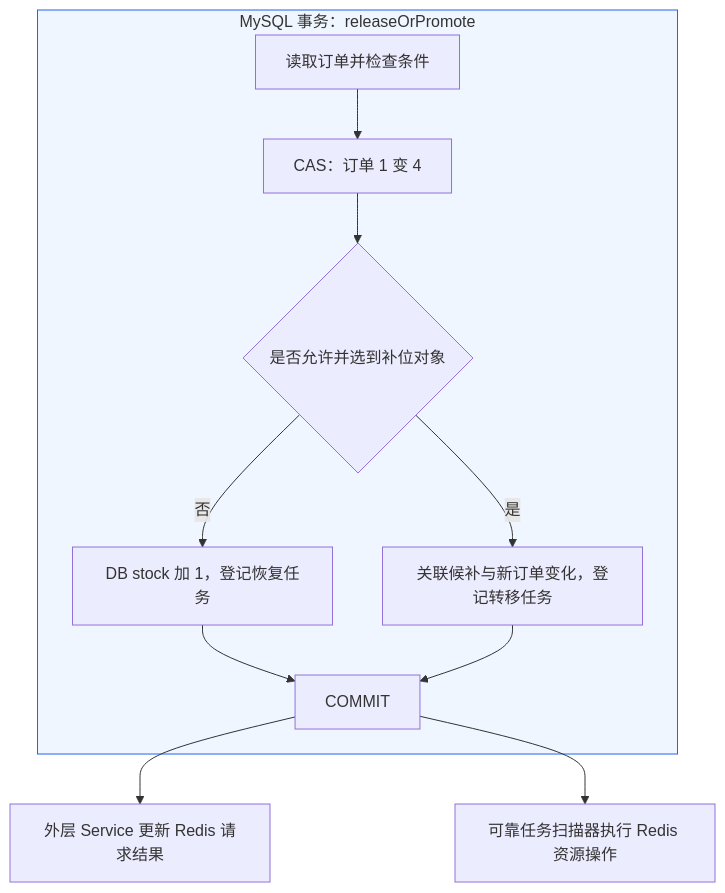
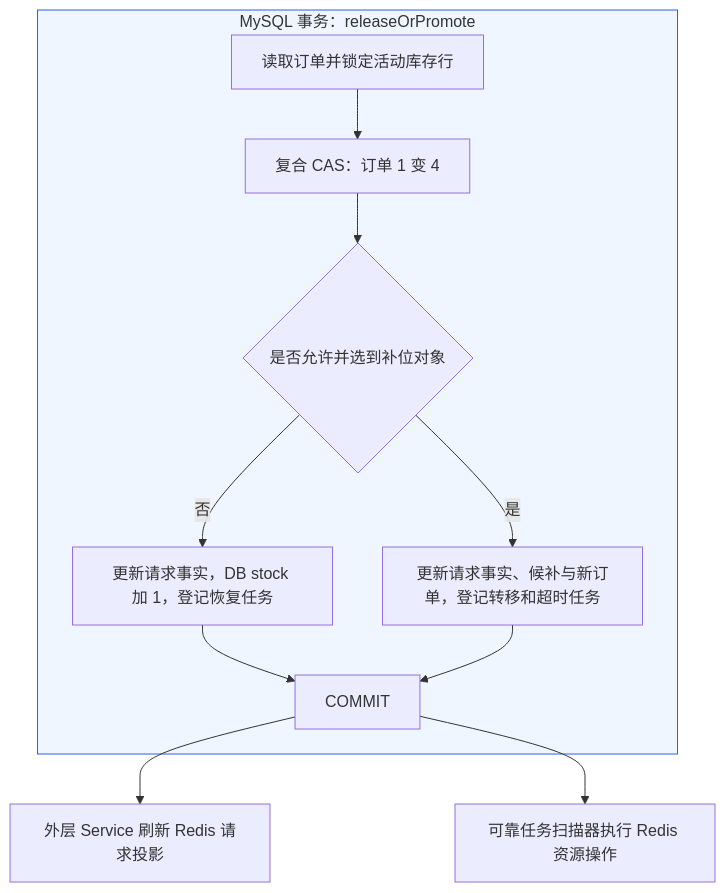
The sixth of 8 diagrams in 02-订单状态机与并发控制.md (SyH-101/citypass-platform), drawn with Mermaid before and after one commit. The commit also changed other lines of this file and 1 other file, not shown here.

````diff
--- a/02-订单状态机与并发控制.md
+++ b/02-订单状态机与并发控制.md
@@ -833,14 +834,14 @@
 ```mermaid
 flowchart TD
     subgraph DBTX["MySQL 事务：releaseOrPromote"]
-        A[读取订单并检查条件] --> B[CAS：订单 1 变 4]
+        A[读取订单并锁定活动库存行] --> B[复合 CAS：订单 1 变 4]
         B --> C{是否允许并选到补位对象}
-        C -->|否| D[DB stock 加 1，登记恢复任务]
-        C -->|是| E[关联候补与新订单变化，登记转移任务]
+        C -->|否| D[更新请求事实，DB stock 加 1，登记恢复任务]
+        C -->|是| E[更新请求事实、候补与新订单，登记转移和超时任务]
         D --> F[COMMIT]
         E --> F
     end
-    F --> G[外层 Service 更新 Redis 请求结果]
+    F --> G[外层 Service 刷新 Redis 请求投影]
     F --> H[可靠任务扫描器执行 Redis 资源操作]
     style DBTX fill:#eff6ff,stroke:#2563eb
 ```
````
